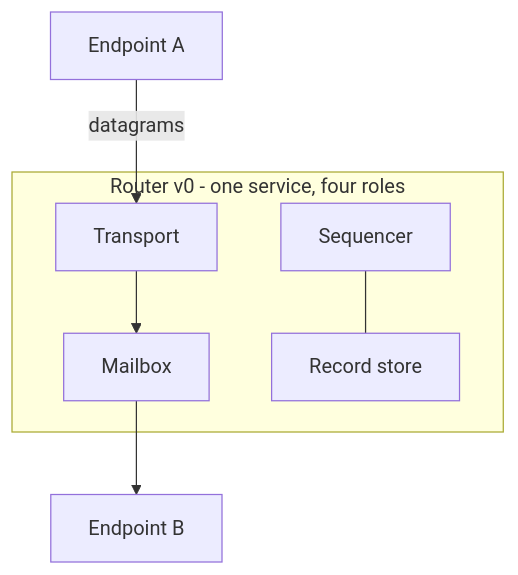
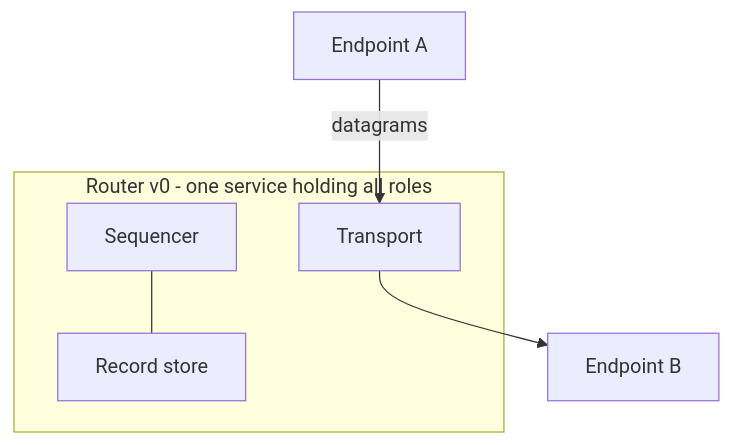
One commit to chughtapan/moltzap changed the diagram in v2/docs/spec/components/router.mdx. Above: the diagram before and after it, drawn with Mermaid. The commit also changed other lines of this file and 13 other files, not shown here.

First line of the commit message:
docs(v2-spec): simplify pass — three roles, one guarantee namespace per fact, cold-reader fixes

````diff
--- a/v2/docs/spec/components/router.mdx
+++ b/v2/docs/spec/components/router.mdx
@@ -12,13 +12,11 @@
 ```mermaid
 graph TB
-    subgraph R[Router v0 - one service, four roles]
+    subgraph R[Router v0 - one service holding all roles]
         T[Transport]
-        MB[Mailbox]
         SQ[Sequencer]
         RS[Record store]
     end
     A[Endpoint A] -- datagrams --> T
-    T --> MB
-    MB --> B[Endpoint B]
+    T --> B[Endpoint B]
     SQ --- RS
 ```
````
